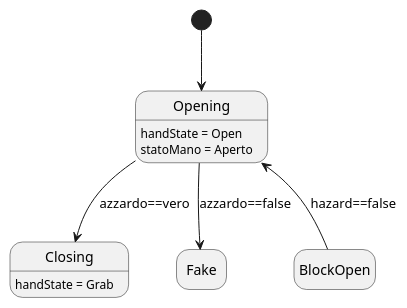
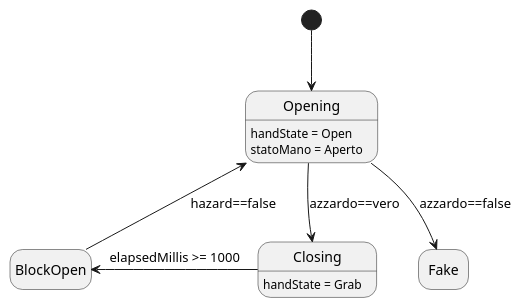
One commit to Fantazzj/PlantUML-StateDiagram-to-cpp changed the diagram in diagram-test/easy.puml. Above: the diagram before and after it, drawn with PlantUML. The commit also changed 1 other file, not shown here.

Commit message:
more functional approach and support to inline comments

```diff
--- a/diagram-test/easy.puml
+++ b/diagram-test/easy.puml
@@ -1,17 +1,20 @@
 @startuml
 hide empty description
 
 'Simple comment
+/'Simple comment'/
 
 state Opening : handState = Open
-state Opening : statoMano = Aperto
+state Opening : statoMano = Aperto /' inline comment '/
 state Closing : handState = Grab
 
 [*] -down-> Opening
 
 Opening -down-> Closing : azzardo==vero
 Opening -down-> Fake : azzardo==false
 
 BlockOpen -up-> Opening : hazard==false
 
+Closing -l-> BlockOpen : elapsedMillis >= 1000
+
 @enduml
```
